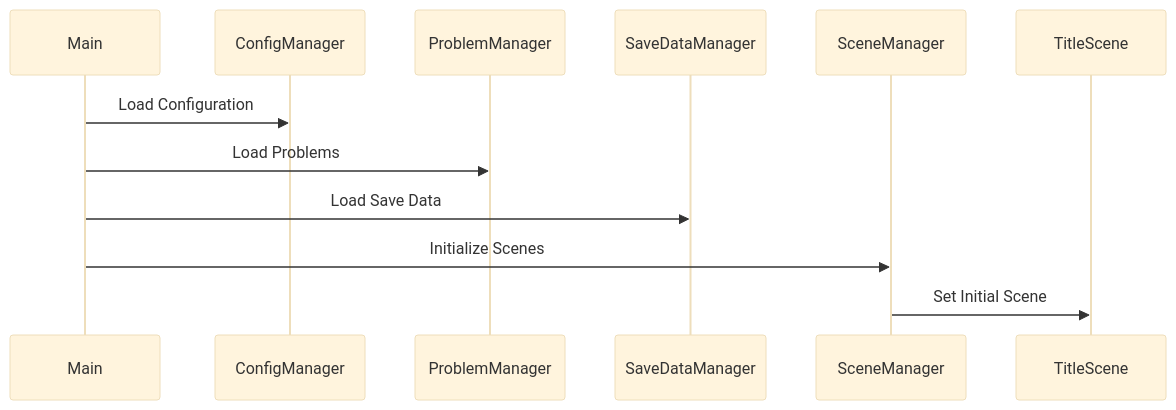
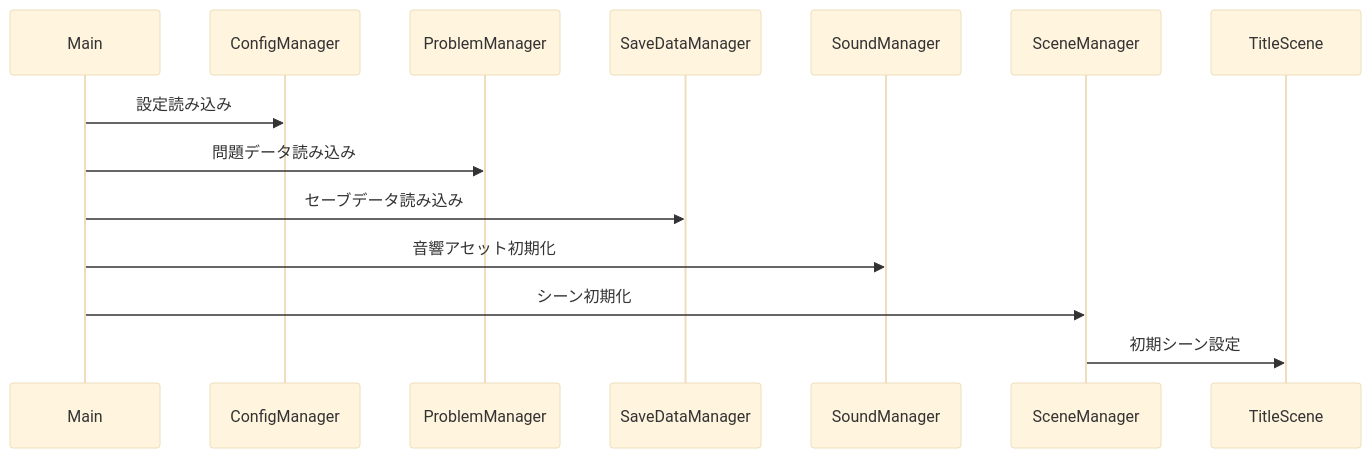
The second of 4 diagrams in bnscup_game_01/bnscup_game_01/docs/system-architecture.md (choco798/bnscup_game_01), drawn with Mermaid (base theme) before and after one commit. The commit also changed other lines of this file and 24 other files, not shown here.

First line of the commit message:
feat: Update system architecture documentation and add specifications and user guide for "季語シンクロ！"

````diff
--- a/bnscup_game_01/bnscup_game_01/docs/system-architecture.md
+++ b/bnscup_game_01/bnscup_game_01/docs/system-architecture.md
@@ -86,8 +120,9 @@
    ```mermaid
    sequenceDiagram
-       Main->>ConfigManager: Load Configuration
-       Main->>ProblemManager: Load Problems
-       Main->>SaveDataManager: Load Save Data
-       Main->>SceneManager: Initialize Scenes
-       SceneManager->>TitleScene: Set Initial Scene
+       Main->>ConfigManager: 設定読み込み
+       Main->>ProblemManager: 問題データ読み込み
+       Main->>SaveDataManager: セーブデータ読み込み
+       Main->>SoundManager: 音響アセット初期化
+       Main->>SceneManager: シーン初期化
+       SceneManager->>TitleScene: 初期シーン設定
    ```
````
